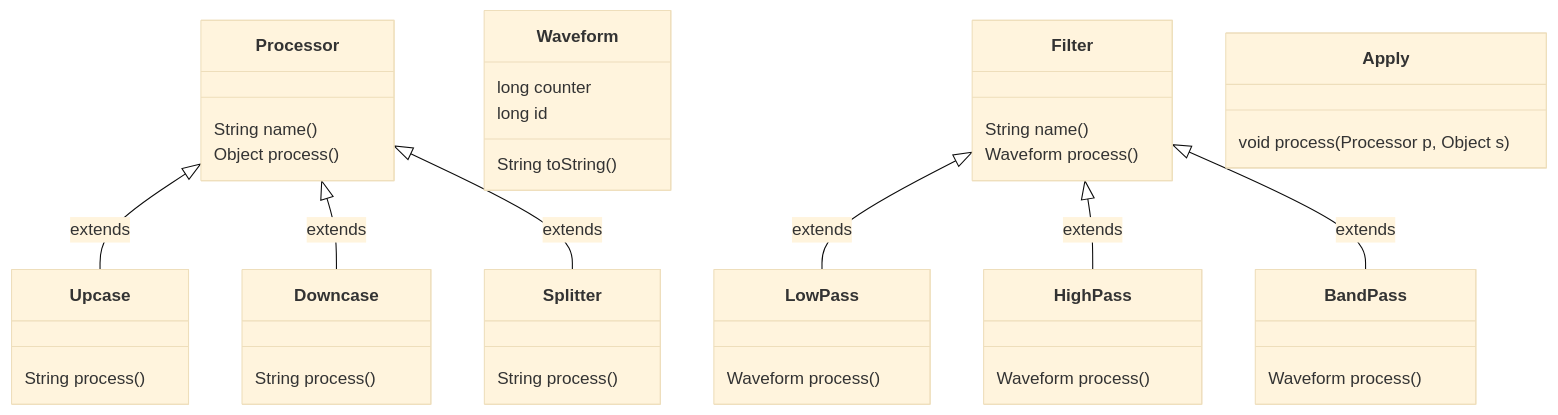
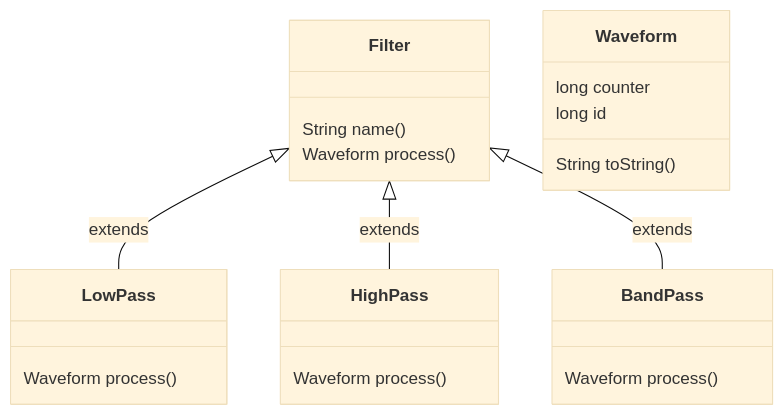
The second of 4 diagrams in source/docs/programming-lang/java/interfaces.rst (zhyantao/docs), drawn with Mermaid (base theme) before and after one commit. The commit also changed other lines of this file, not shown here.

```diff
--- a/source/docs/programming-lang/java/interfaces.rst
+++ b/source/docs/programming-lang/java/interfaces.rst
@@ -57,28 +128,16 @@
 .. mermaid::
 
     classDiagram
-        Processor <|-- Upcase : extends
-        Processor <|-- Downcase : extends
-        Processor <|-- Splitter : extends
-        Processor : String name()
-        Processor : Object process()
-        Upcase : String process()
-        Downcase : String process()
-        Splitter : String process()
-
-        class Waveform
-        Waveform : long counter
-        Waveform : long id
-        Waveform : String toString()
-
         Filter <|-- LowPass : extends
         Filter <|-- HighPass : extends
         Filter <|-- BandPass : extends
         Filter : String name()
         Filter : Waveform process()
         LowPass : Waveform process()
         HighPass : Waveform process()
         BandPass : Waveform process()
 
-        class Apply
-        Apply : void process(Processor p, Object s)
+        class Waveform
+        Waveform : long counter
+        Waveform : long id
+        Waveform : String toString()
```
